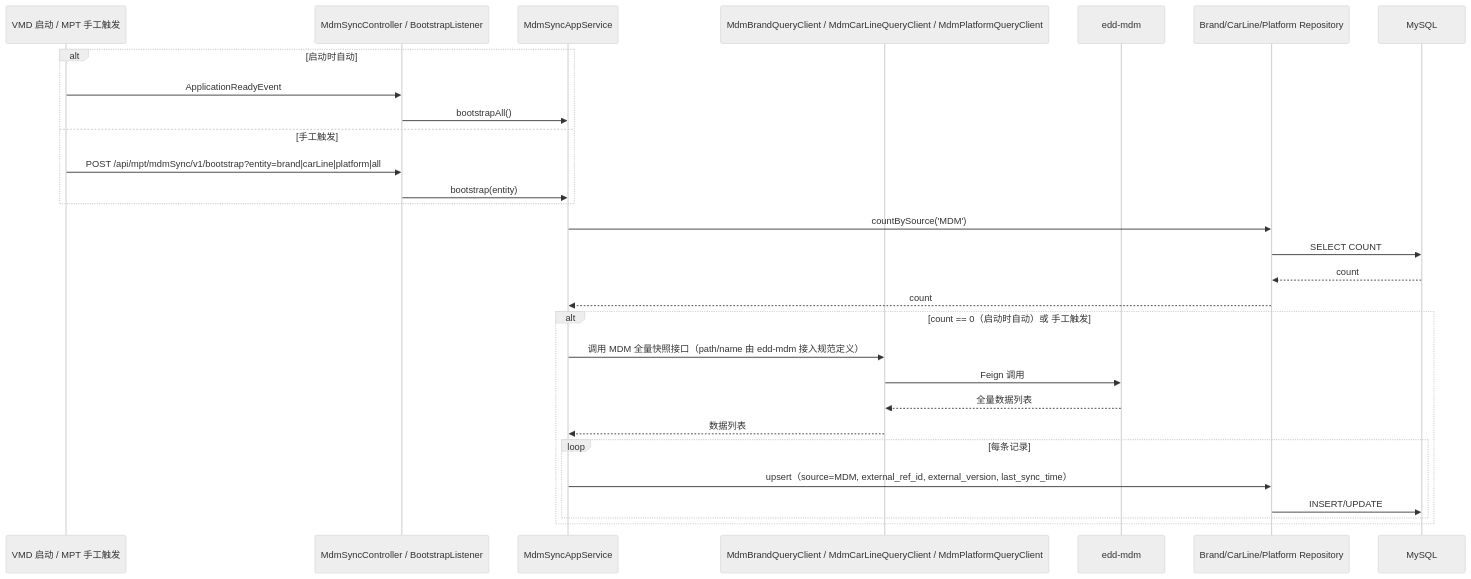
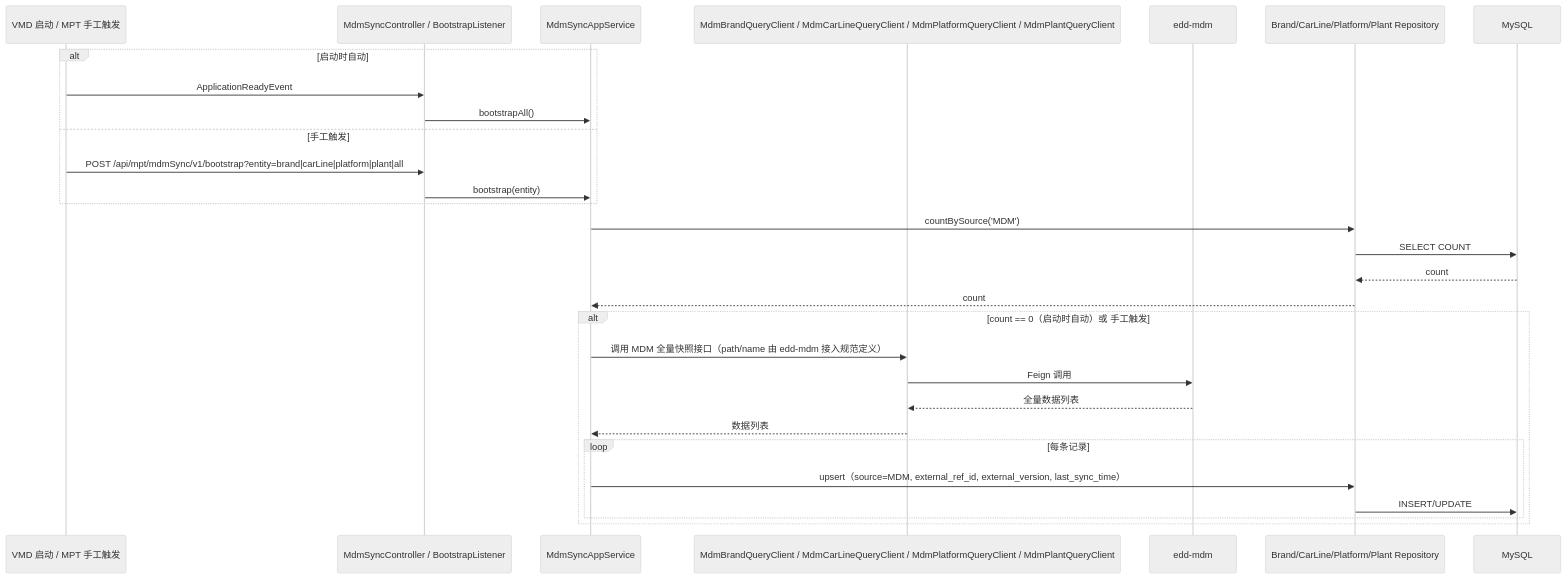
One commit to hwyzleo/iov-cloud-edd-vmd changed diagram 11 of 11 in specs/vehicle-master-data-platform/design.md. Above: the diagram before and after it, drawn with Mermaid (neutral theme). The commit also changed other lines of this file and 24 other files, not shown here.

````diff
--- a/specs/vehicle-master-data-platform/design.md
+++ b/specs/vehicle-master-data-platform/design.md
@@ -472,32 +478,32 @@
 ```mermaid
 sequenceDiagram
     participant VMD as VMD 启动 / MPT 手工触发
     participant C as MdmSyncController / BootstrapListener
     participant A as MdmSyncAppService
-    participant FC as MdmBrandQueryClient / MdmCarLineQueryClient / MdmPlatformQueryClient
+    participant FC as MdmBrandQueryClient / MdmCarLineQueryClient / MdmPlatformQueryClient / MdmPlantQueryClient
     participant MDM as edd-mdm
-    participant R as Brand/CarLine/Platform Repository
+    participant R as Brand/CarLine/Platform/Plant Repository
     participant DB as MySQL
 
     alt 启动时自动
         VMD->>C: ApplicationReadyEvent
         C->>A: bootstrapAll()
     else 手工触发
-        VMD->>C: POST /api/mpt/mdmSync/v1/bootstrap?entity=brand|carLine|platform|all
+        VMD->>C: POST /api/mpt/mdmSync/v1/bootstrap?entity=brand|carLine|platform|plant|all
         C->>A: bootstrap(entity)
     end
     A->>R: countBySource('MDM')
     R->>DB: SELECT COUNT
     DB-->>R: count
     R-->>A: count
     alt count == 0（启动时自动）或 手工触发
         A->>FC: 调用 MDM 全量快照接口（path/name 由 edd-mdm 接入规范定义）
         FC->>MDM: Feign 调用
         MDM-->>FC: 全量数据列表
         FC-->>A: 数据列表
         loop 每条记录
             A->>R: upsert（source=MDM, external_ref_id, external_version, last_sync_time）
             R->>DB: INSERT/UPDATE
         end
     end
 ```
````
